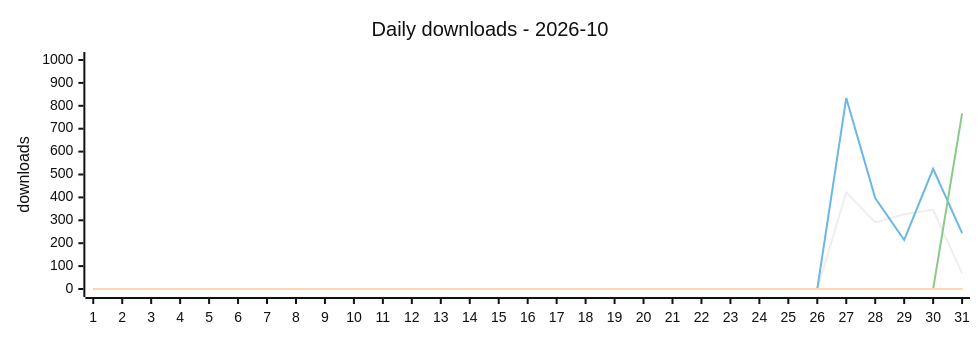
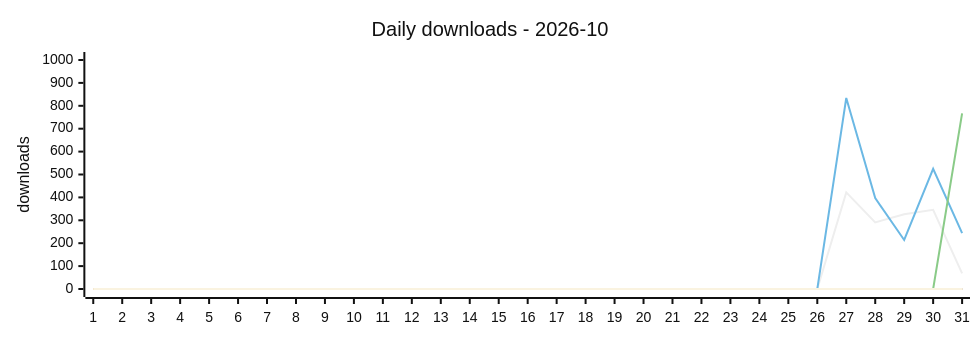
The second of 2 diagrams in DASHBOARD.md (terry2010/npm-downloads-tracker), drawn with Mermaid (neutral theme) before and after one commit. The commit also changed other lines of this file and 2 other files, not shown here.

````diff
--- a/DASHBOARD.md
+++ b/DASHBOARD.md
@@ -115,16 +118,17 @@
 ```mermaid
 %%{init: {'xyChart': {'width': 960, 'height': 320}}}%%
 xychart-beta
     title "Daily downloads - 2026-10"
     x-axis ["1", "2", "3", "4", "5", "6", "7", "8", "9", "10", "11", "12", "13", "14", "15", "16", "17", "18", "19", "20", "21", "22", "23", "24", "25", "26", "27", "28", "29", "30", "31"]
     y-axis "downloads" 0 --> 1000
     line "dsh-loop-recover" [0, 0, 0, 0, 0, 0, 0, 0, 0, 0, 0, 0, 0, 0, 0, 0, 0, 0, 0, 0, 0, 0, 0, 0, 0, 0, 422, 291, 326, 346, 68]
     line "dsh-rss-news-daily" [0, 0, 0, 0, 0, 0, 0, 0, 0, 0, 0, 0, 0, 0, 0, 0, 0, 0, 0, 0, 0, 0, 0, 0, 0, 0, 834, 397, 214, 525, 244]
     line "opencode-loop-recover" [0, 0, 0, 0, 0, 0, 0, 0, 0, 0, 0, 0, 0, 0, 0, 0, 0, 0, 0, 0, 0, 0, 0, 0, 0, 0, 0, 0, 0, 0, 767]
     line "oc-market-quail-zephyr-72a0" [0, 0, 0, 0, 0, 0, 0, 0, 0, 0, 0, 0, 0, 0, 0, 0, 0, 0, 0, 0, 0, 0, 0, 0, 0, 0, 0, 0, 0, 0, 0]
     line "awesome-opencode-market" [0, 0, 0, 0, 0, 0, 0, 0, 0, 0, 0, 0, 0, 0, 0, 0, 0, 0, 0, 0, 0, 0, 0, 0, 0, 0, 0, 0, 0, 0, 0]
     line "surfbird" [0, 0, 0, 0, 0, 0, 0, 0, 0, 0, 0, 0, 0, 0, 0, 0, 0, 0, 0, 0, 0, 0, 0, 0, 0, 0, 0, 0, 0, 0, 0]
     line "surfbird-mcp" [0, 0, 0, 0, 0, 0, 0, 0, 0, 0, 0, 0, 0, 0, 0, 0, 0, 0, 0, 0, 0, 0, 0, 0, 0, 0, 0, 0, 0, 0, 0]
     line "dsh-control-surfbird-for-kitesurf" [0, 0, 0, 0, 0, 0, 0, 0, 0, 0, 0, 0, 0, 0, 0, 0, 0, 0, 0, 0, 0, 0, 0, 0, 0, 0, 0, 0, 0, 0, 0]
     line "opencode-control-surfbird-for-kitesurf" [0, 0, 0, 0, 0, 0, 0, 0, 0, 0, 0, 0, 0, 0, 0, 0, 0, 0, 0, 0, 0, 0, 0, 0, 0, 0, 0, 0, 0, 0, 0]
+    line "pi-control-surfbird-for-kitesurf" [0, 0, 0, 0, 0, 0, 0, 0, 0, 0, 0, 0, 0, 0, 0, 0, 0, 0, 0, 0, 0, 0, 0, 0, 0, 0, 0, 0, 0, 0, 0]
 ```
````
